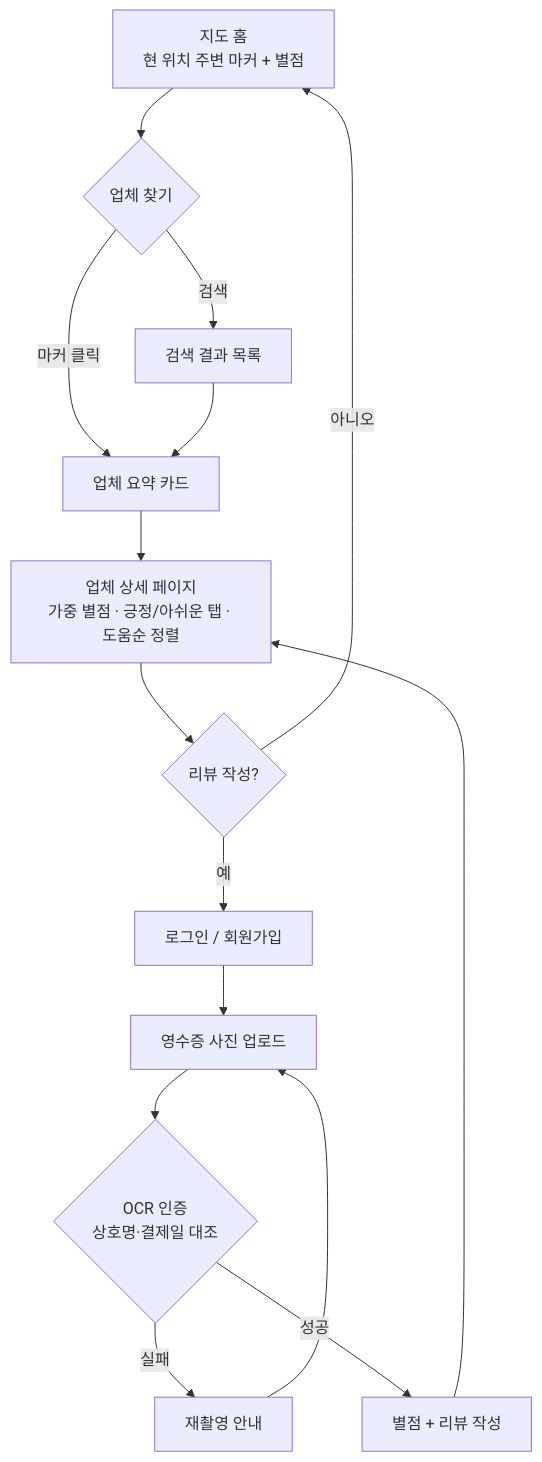
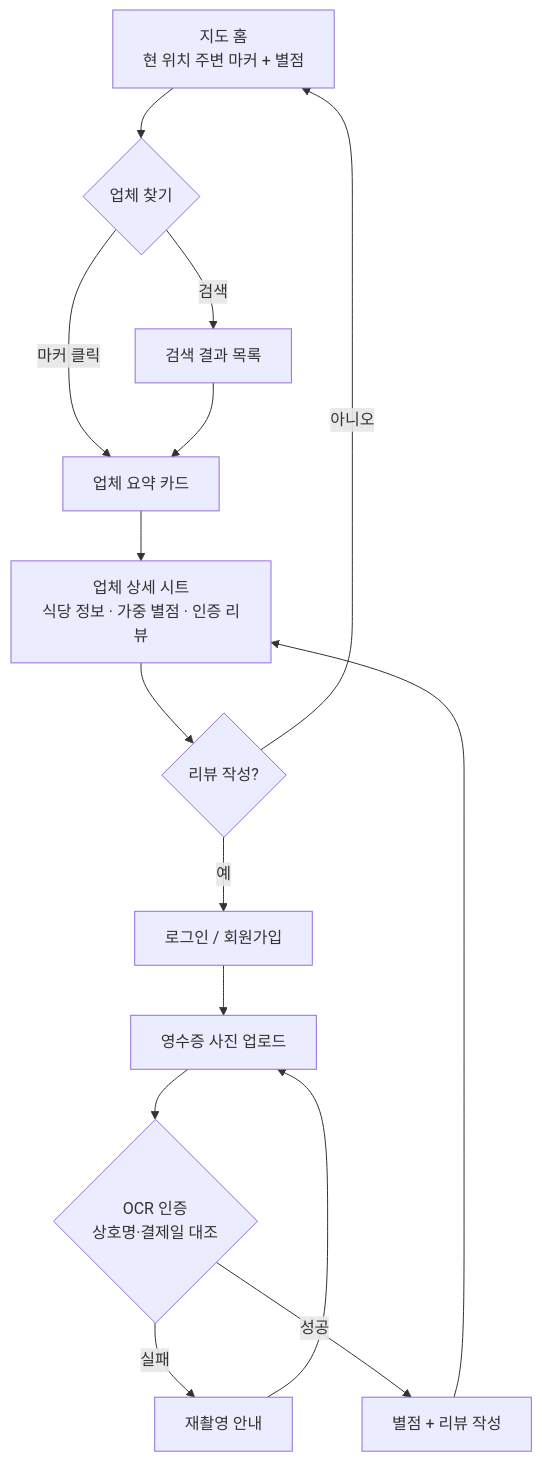
Before and after one commit to Mureung1/hub-showcase: the diagram in plan.md, drawn with Mermaid. The commit also changed other lines of this file and 18 other files, not shown here.

````diff
--- a/plan.md
+++ b/plan.md
@@ -22,16 +26,16 @@
 ```mermaid
 flowchart TD
     A[지도 홈<br>현 위치 주변 마커 + 별점] --> B{업체 찾기}
     B -->|검색| C[검색 결과 목록]
     B -->|마커 클릭| D[업체 요약 카드]
     C --> D
-    D --> E[업체 상세 페이지<br>가중 별점 · 긍정/아쉬운 탭 · 도움순 정렬]
+    D --> E[업체 상세 시트<br>식당 정보 · 가중 별점 · 인증 리뷰]
     E --> F{리뷰 작성?}
     F -->|아니오| A
     F -->|예| G[로그인 / 회원가입]
     G --> H[영수증 사진 업로드]
     H --> I{OCR 인증<br>상호명·결제일 대조}
     I -->|실패| J[재촬영 안내] --> H
     I -->|성공| K[별점 + 리뷰 작성]
     K --> E
 ```
````
